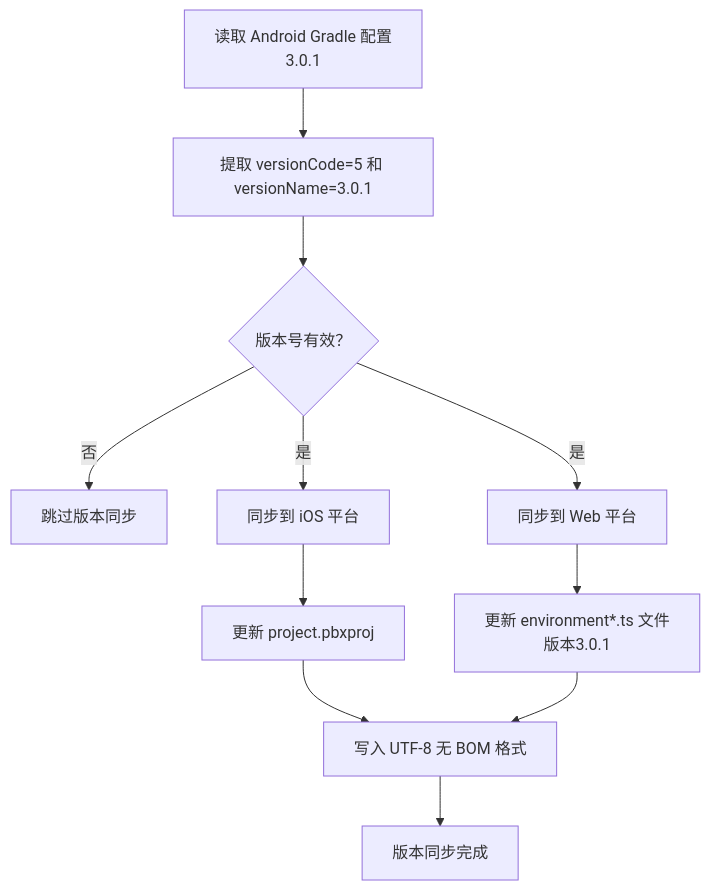
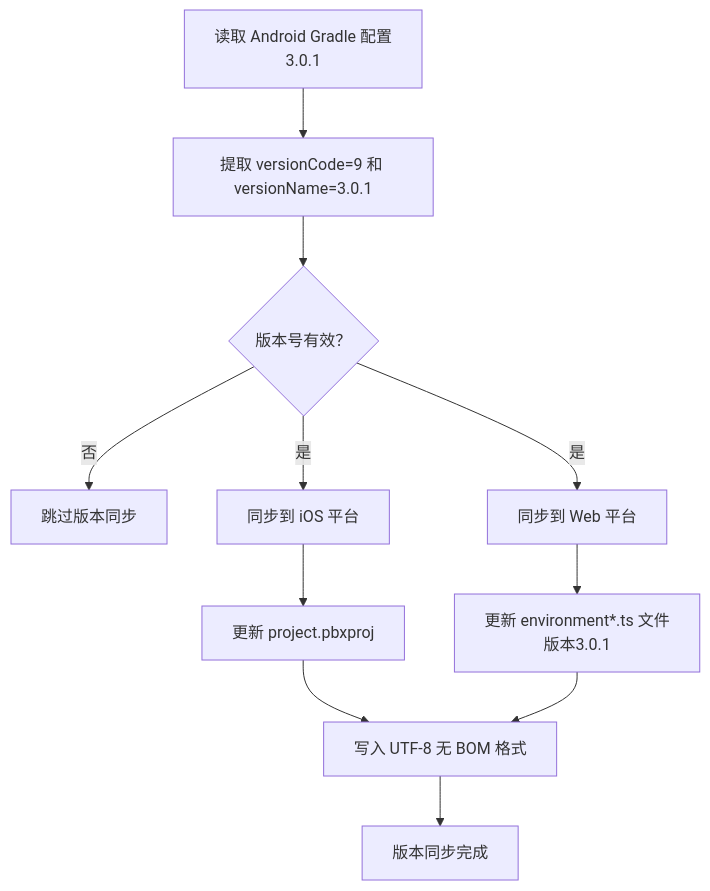
Before and after one commit to tea4go/Macro-Deck-Client-App: the fourth of 6 diagrams in .qoder/repowiki/zh/content/构建与部署/构建配置.md, drawn with Mermaid. The commit also changed other lines of this file and 15 other files, not shown here.

````diff
--- a/.qoder/repowiki/zh/content/构建与部署/构建配置.md
+++ b/.qoder/repowiki/zh/content/构建与部署/构建配置.md
@@ -723,13 +723,13 @@
 ```mermaid
 flowchart TD
-A["读取 Android Gradle 配置<br/>3.0.1"] --> B["提取 versionCode=5 和 versionName=3.0.1"]
+A["读取 Android Gradle 配置<br/>3.0.1"] --> B["提取 versionCode=9 和 versionName=3.0.1"]
 B --> C{"版本号有效？"}
 C --> |否| D["跳过版本同步"]
 C --> |是| E["同步到 iOS 平台"]
 C --> |是| F["同步到 Web 平台"]
 E --> G["更新 project.pbxproj"]
 F --> H["更新 environment*.ts 文件<br/>版本3.0.1"]
 G --> I["写入 UTF-8 无 BOM 格式"]
 H --> I
 I --> J["版本同步完成"]
 ```
````
